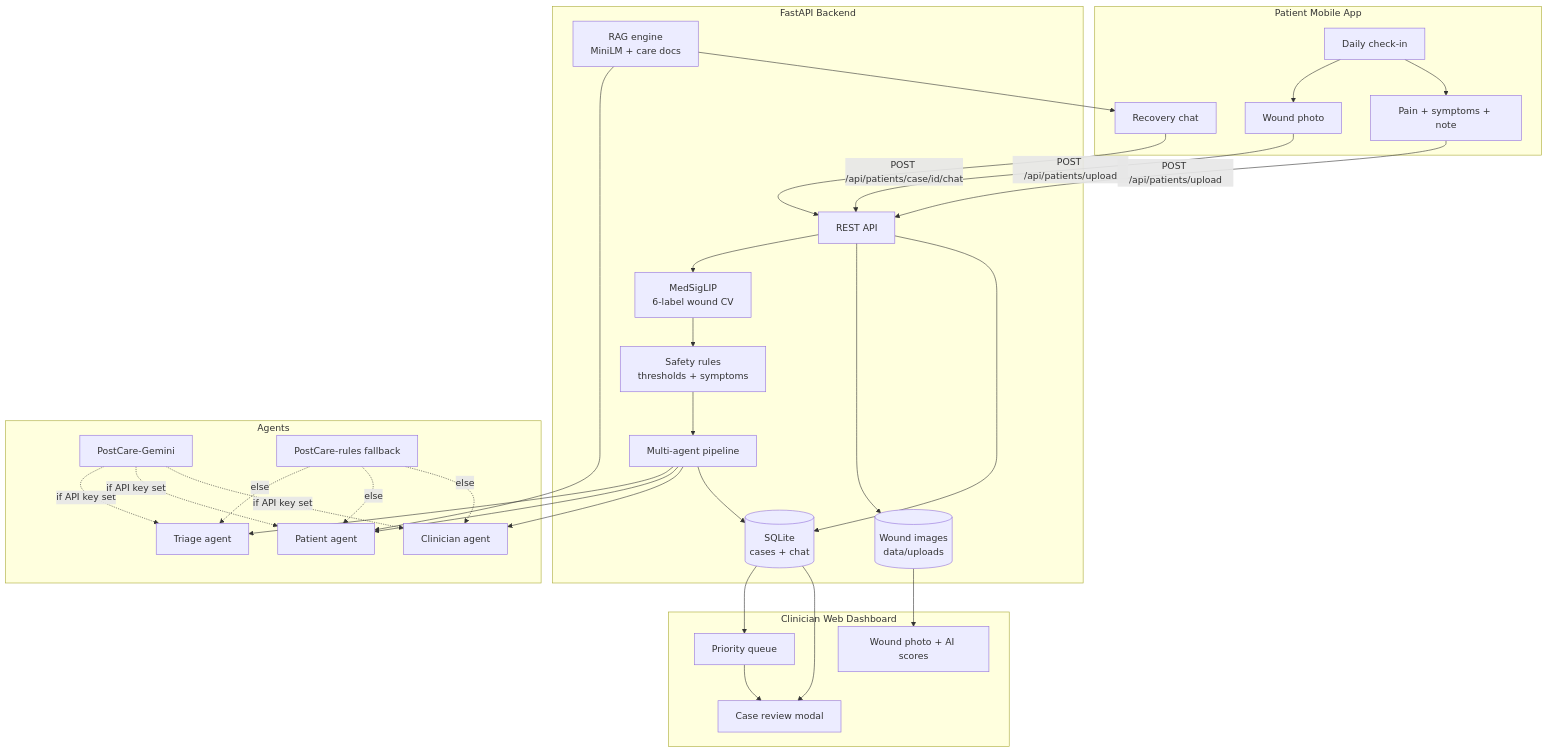
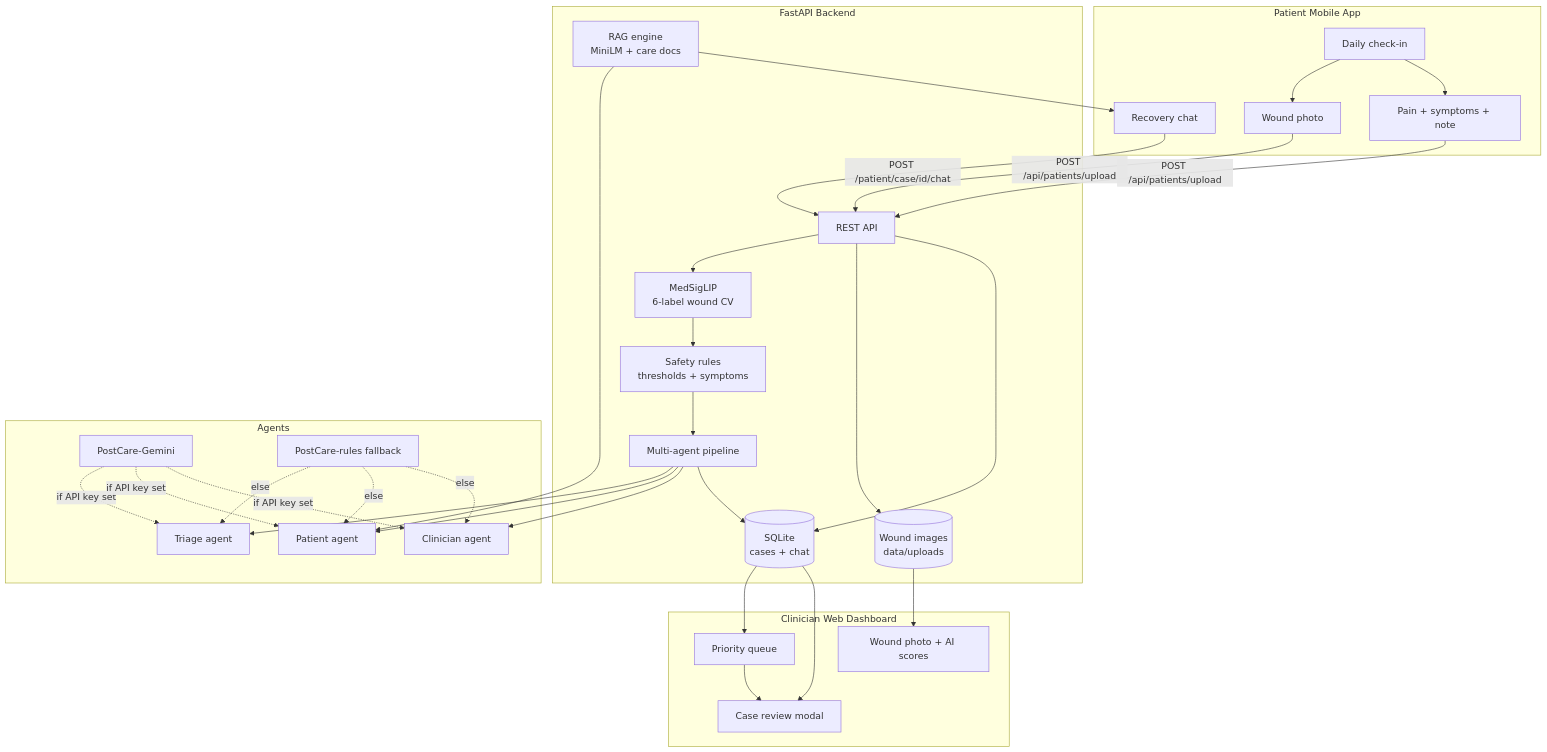
Before and after one commit to SyedAshhadIbrar/PostCareAI: the first of 4 diagrams in README.md, drawn with Mermaid. The commit also changed other lines of this file and 13 other files, not shown here.

````diff
--- a/README.md
+++ b/README.md
@@ -42,52 +42,52 @@
 ```mermaid
 flowchart TB
     subgraph Patient["Patient Mobile App"]
         P1[Daily check-in]
         P2[Wound photo]
         P3[Pain + symptoms + note]
         P4[Recovery chat]
     end
 
     subgraph Backend["FastAPI Backend"]
         API[REST API]
         CV[MedSigLIP<br/>6-label wound CV]
         SAF[Safety rules<br/>thresholds + symptoms]
         RAG[RAG engine<br/>MiniLM + care docs]
         AG[Multi-agent pipeline]
         DB[(SQLite<br/>cases + chat)]
         IMG[(Wound images<br/>data/uploads)]
     end
 
     subgraph Agents["Agents"]
         T[Triage agent]
         PA[Patient agent]
         CL[Clinician agent]
         GEM[PostCare-Gemini]
         RULES[PostCare-rules fallback]
     end
 
     subgraph Clinician["Clinician Web Dashboard"]
         Q[Priority queue]
         R[Case review modal]
         W[Wound photo + AI scores]
     end
 
     P1 --> P2 & P3
     P2 & P3 -->|POST /api/patients/upload| API
-    P4 -->|POST /api/patients/case/id/chat| API
+    P4 -->|POST /patient/case/id/chat| API
 
     API --> CV --> SAF --> AG
     API --> IMG
     AG --> T & PA & CL
     GEM -.->|if API key set| T & PA & CL
     RULES -.->|else| T & PA & CL
     RAG --> PA & P4
 
     AG --> DB
     API --> DB
 
     DB --> Q
     IMG --> W
     DB --> R
     Q --> R
 ```
````
